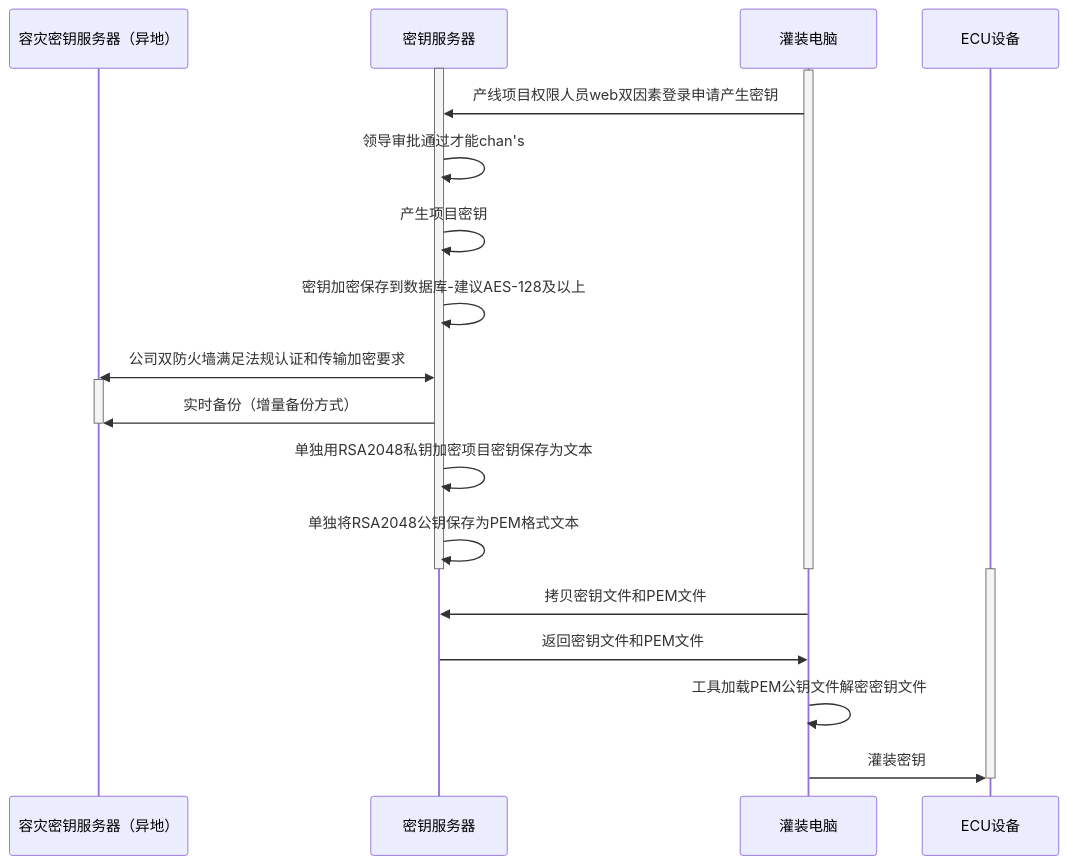
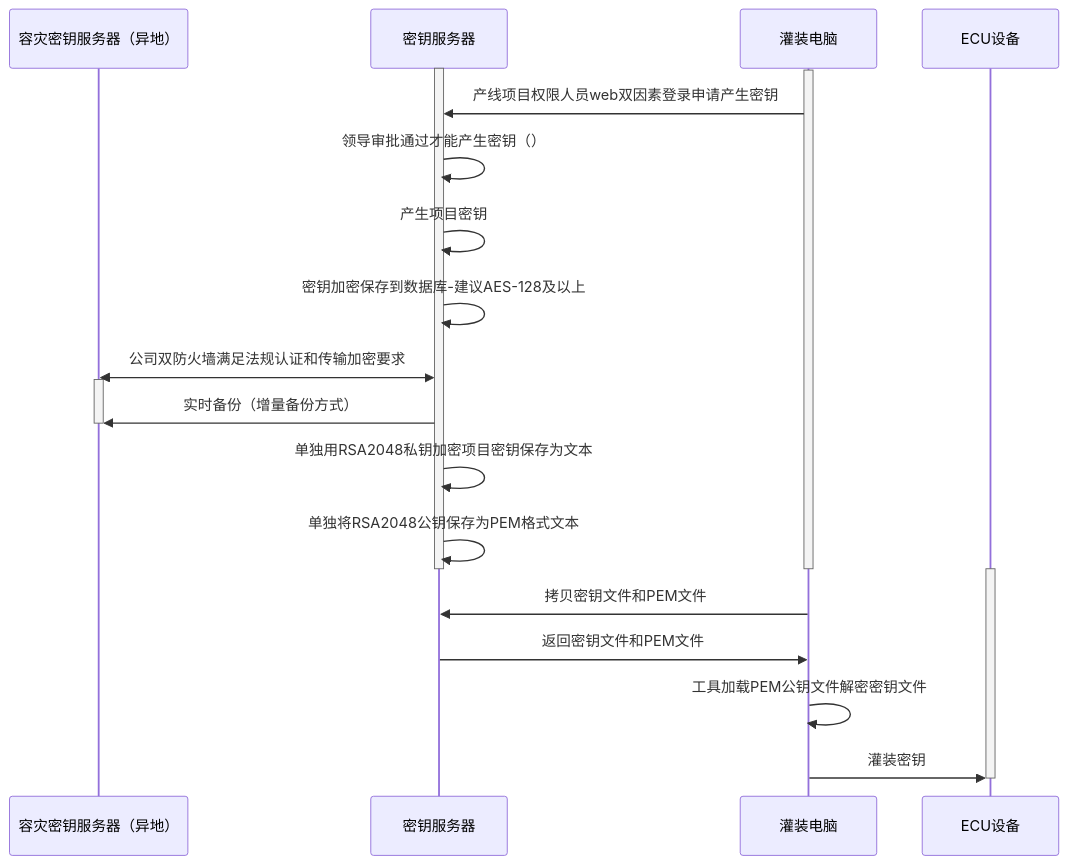
One commit to facebook-cloud/iodraw-files changed the diagram in all/未命名-15.md. Above: the diagram before and after it, drawn with Mermaid.

Commit message:
2026-02-11 19:27:52 update

````diff
--- a/all/未命名-15.md
+++ b/all/未命名-15.md
@@ -1,31 +1,31 @@
 ```mermaid
 sequenceDiagram
     participant A as 容灾密钥服务器（异地）
     participant B as 密钥服务器
     participant D as 灌装电脑
     participant E as ECU设备
 
     activate B
     activate D
     D->>B: 产线项目权限人员web双因素登录申请产生密钥
-    B->>B: 领导审批通过才能chan's
+    B->>B: 领导审批通过才能产生密钥（）
     B->>B: 产生项目密钥
     B->>B: 密钥加密保存到数据库-建议AES-128及以上
     A<<->>B: 公司双防火墙满足法规认证和传输加密要求
 
     activate A
     B->>A: 实时备份（增量备份方式）
     deactivate A
     B->>B: 单独用RSA2048私钥加密项目密钥保存为文本
     B->>B: 单独将RSA2048公钥保存为PEM格式文本
     deactivate B
     deactivate D
 
     activate E
     D->>B: 拷贝密钥文件和PEM文件
     B->>D: 返回密钥文件和PEM文件
     D->>D:工具加载PEM公钥文件解密密钥文件
     D->>E: 灌装密钥
     deactivate E
 
 ```
````
